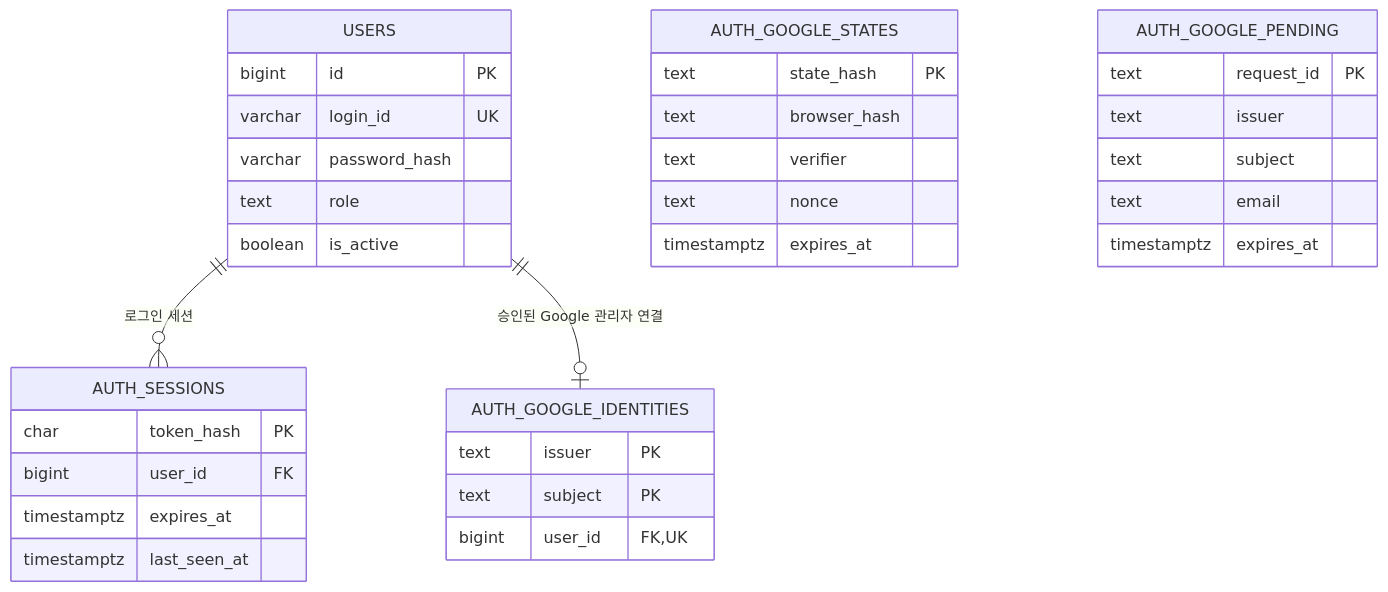
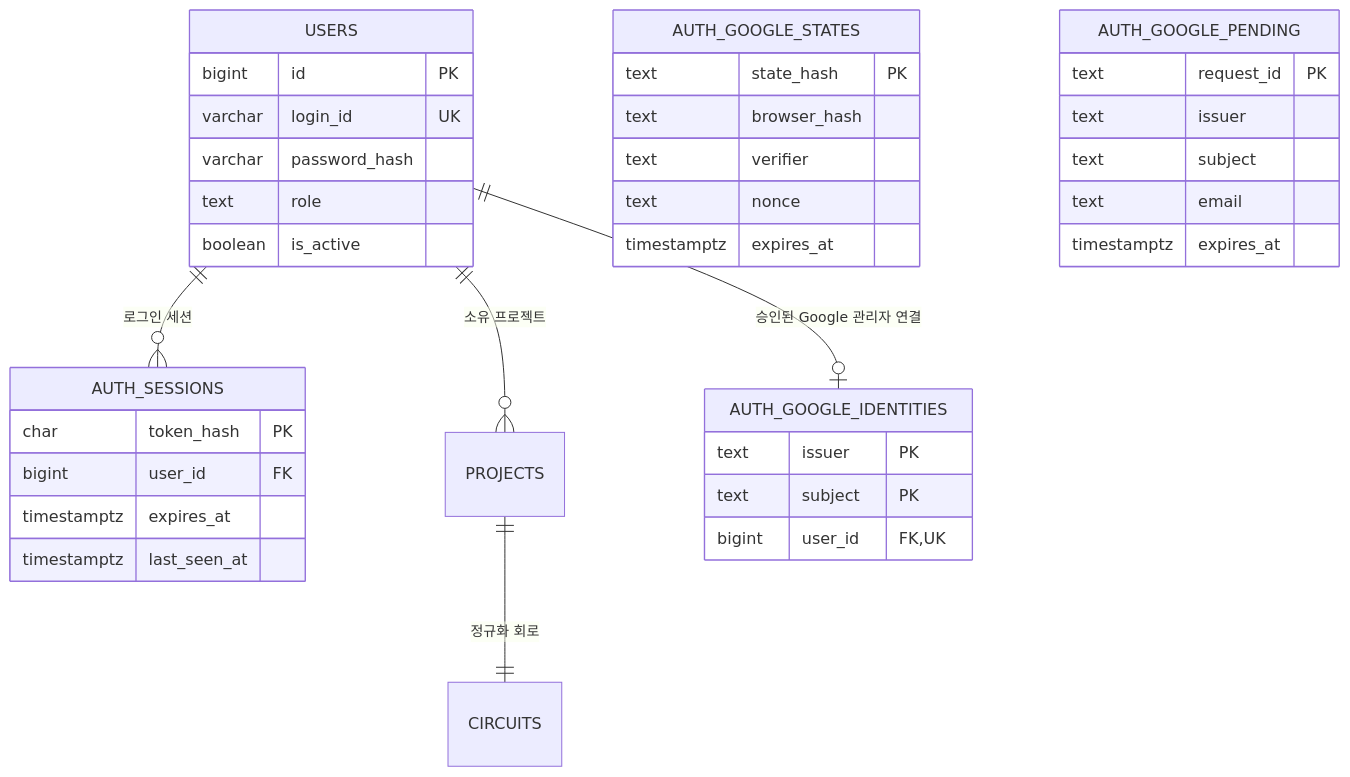
The diagram in db/schema/erd.md (HJU5022/SojaFit), drawn with Mermaid before and after one commit. The commit also changed other lines of this file and 19 other files, not shown here.

Commit message:
feat(projects): 사용자별 회로 프로젝트

````diff
--- a/db/schema/erd.md
+++ b/db/schema/erd.md
@@ -11,38 +11,40 @@
 ```mermaid
 erDiagram
     USERS ||--o{ AUTH_SESSIONS : "로그인 세션"
+    USERS ||--o{ PROJECTS : "소유 프로젝트"
+    PROJECTS ||--|| CIRCUITS : "정규화 회로"
     USERS ||--o| AUTH_GOOGLE_IDENTITIES : "승인된 Google 관리자 연결"
 
     USERS {
         bigint id PK
         varchar login_id UK
         varchar password_hash
         text role
         boolean is_active
     }
     AUTH_SESSIONS {
         char token_hash PK
         bigint user_id FK
         timestamptz expires_at
         timestamptz last_seen_at
     }
     AUTH_GOOGLE_STATES {
         text state_hash PK
         text browser_hash
         text verifier
         text nonce
         timestamptz expires_at
     }
     AUTH_GOOGLE_PENDING {
         text request_id PK
         text issuer
         text subject
         text email
         timestamptz expires_at
     }
     AUTH_GOOGLE_IDENTITIES {
         text issuer PK
         text subject PK
         bigint user_id FK, UK
     }
 ```
````
